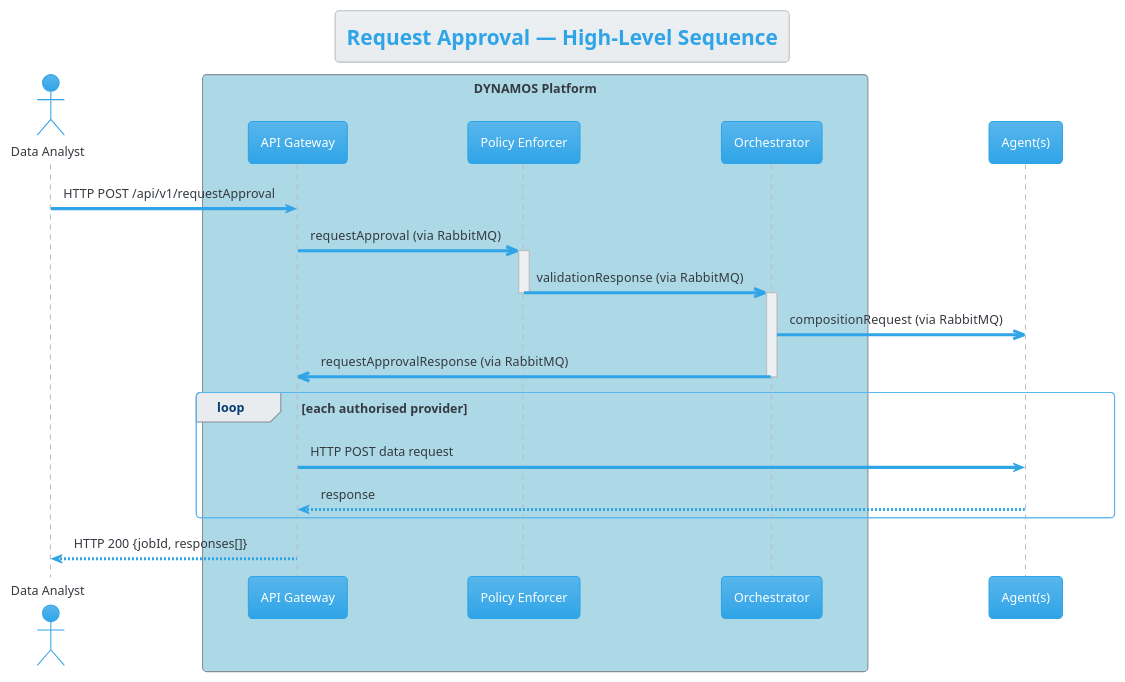
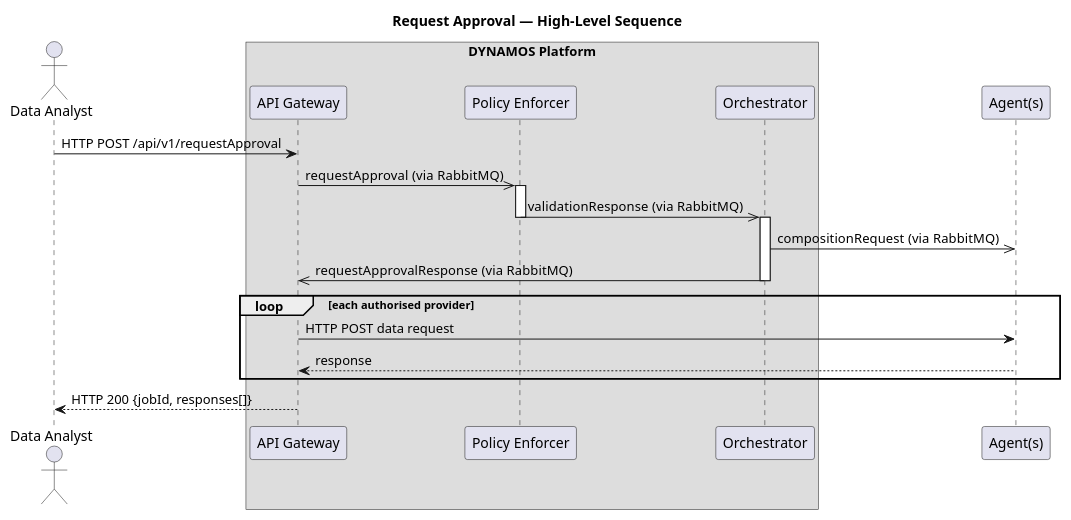
The seventh of 14 diagrams in docs/diagrams/old_request_approval_diagrams.md (DYNAMOS-UVA/DYNAMOS-eflint), drawn with PlantUML before and after one commit. The commit also changed other lines of this file and 70 other files, not shown here.

Commit message:
Updating diagrams

````diff
--- a/docs/diagrams/old_request_approval_diagrams.md
+++ b/docs/diagrams/old_request_approval_diagrams.md
@@ -258,34 +252,33 @@
 ```plantuml
 @startuml Sequence - High Level Overview
-!theme cerulean
 
 title Request Approval — High-Level Sequence
 
 actor "Data Analyst" as Client
-box "DYNAMOS Platform" #LightBlue
+box "DYNAMOS Platform"
     participant "API Gateway"     as API
     participant "Policy Enforcer" as PE
     participant "Orchestrator"    as Orch
 end box
 participant "Agent(s)" as Agents
 
 Client -> API : HTTP POST /api/v1/requestApproval
 
 API ->> PE   : requestApproval  (via RabbitMQ)
 activate PE
 PE ->> Orch  : validationResponse  (via RabbitMQ)
 deactivate PE
 activate Orch
 Orch ->> Agents : compositionRequest  (via RabbitMQ)
 Orch ->> API : requestApprovalResponse  (via RabbitMQ)
 deactivate Orch
 
 loop each authorised provider
     API -> Agents  : HTTP POST data request
     Agents --> API : response
 end
 
 API --> Client : HTTP 200 {jobId, responses[]}
 
 @enduml
 ```
````
